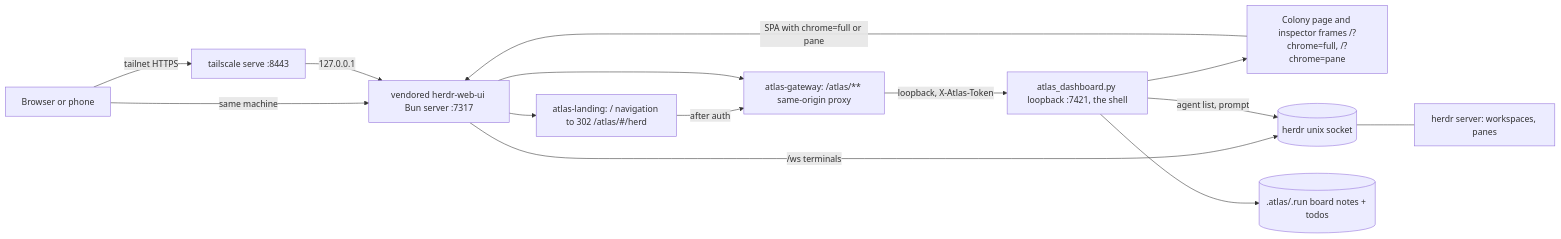
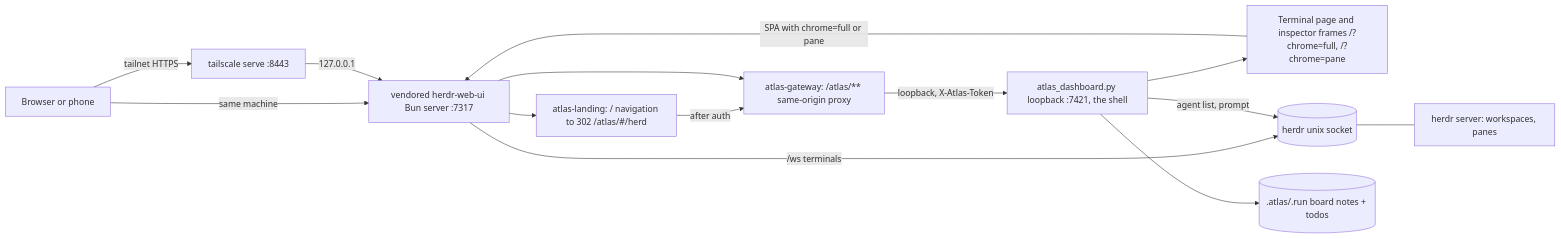
The first of 2 diagrams in docs/atlas-colony.md (w159/tech-tools), drawn with Mermaid before and after one commit. The commit also changed other lines of this file and 66 other files, not shown here.

````diff
--- a/docs/atlas-colony.md
+++ b/docs/atlas-colony.md
@@ -11,26 +11,26 @@
 ```mermaid
 flowchart LR
   B[Browser or phone]
   TS[tailscale serve :8443]
   WEB[vendored herdr-web-ui Bun server :7317]
   LAND[atlas-landing: / navigation to 302 /atlas/#/herd]
   GW[atlas-gateway: /atlas/** same-origin proxy]
   DASH[atlas_dashboard.py loopback :7421, the shell]
-  COL[Colony page and inspector frames /?chrome=full, /?chrome=pane]
+  COL[Terminal page and inspector frames /?chrome=full, /?chrome=pane]
   SOCK[(herdr unix socket)]
   HERDR[herdr server: workspaces, panes]
   BOARD[(.atlas/.run board notes + todos)]
   B -->|tailnet HTTPS| TS
   B -->|same machine| WEB
   TS -->|127.0.0.1| WEB
   WEB --> LAND
   LAND -->|after auth| GW
   WEB --> GW
   GW -->|loopback, X-Atlas-Token| DASH
   DASH --> COL
   COL -->|SPA with chrome=full or pane| WEB
   WEB -->|/ws terminals| SOCK
   SOCK --- HERDR
   DASH -->|agent list, prompt| SOCK
   DASH --> BOARD
 ```
````
